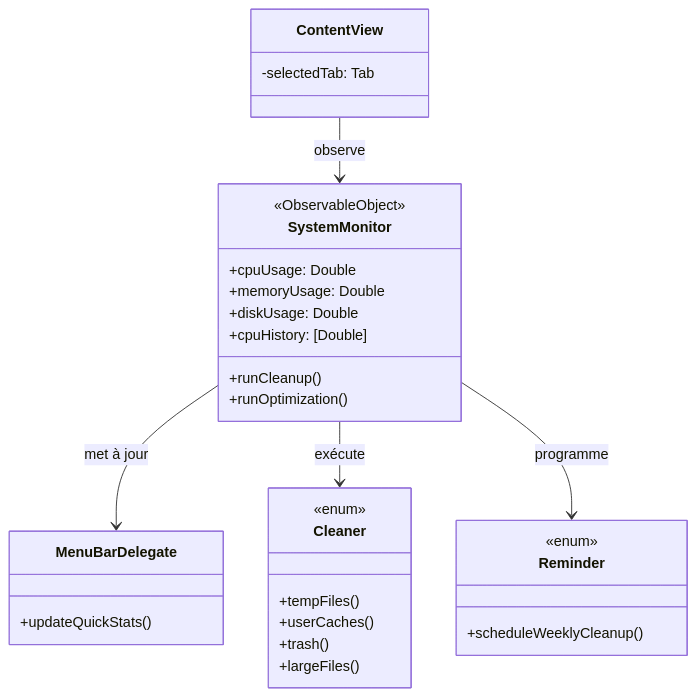
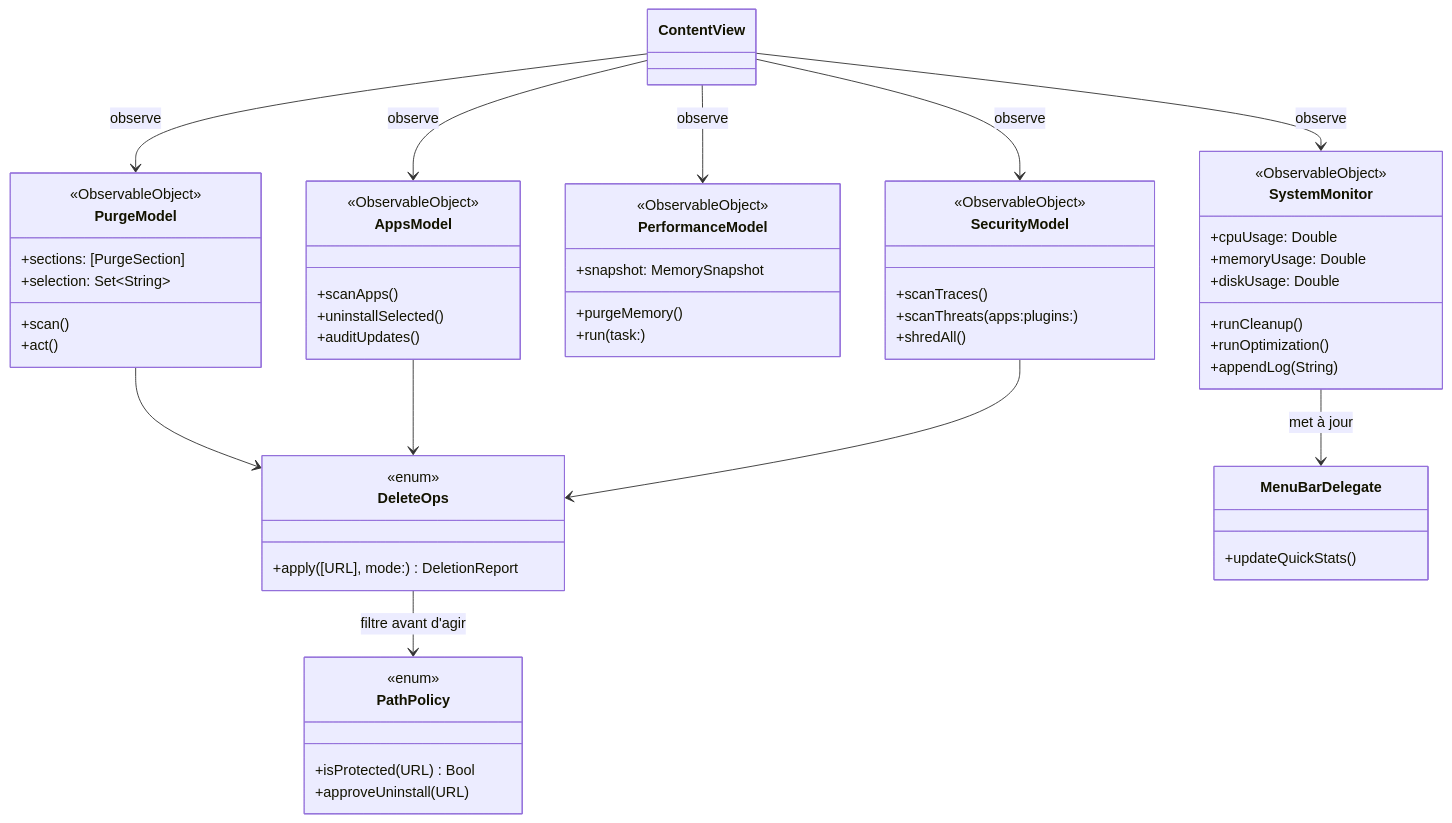
One commit to martialzinsou/MonitorMyMac changed the diagram in README.md. Above: the diagram before and after it, drawn with Mermaid. The commit also changed other lines of this file and 35 other files, not shown here.

````diff
--- a/README.md
+++ b/README.md
@@ -126,33 +289,59 @@
 ```mermaid
 classDiagram
     class SystemMonitor {
         <<ObservableObject>>
         +cpuUsage: Double
         +memoryUsage: Double
         +diskUsage: Double
-        +cpuHistory: [Double]
         +runCleanup()
         +runOptimization()
+        +appendLog(String)
+    }
+    class PurgeModel {
+        <<ObservableObject>>
+        +sections: [PurgeSection]
+        +selection: Set~String~
+        +scan()
+        +act()
+    }
+    class PerformanceModel {
+        <<ObservableObject>>
+        +snapshot: MemorySnapshot
+        +purgeMemory()
+        +run(task:)
+    }
+    class AppsModel {
+        <<ObservableObject>>
+        +scanApps()
+        +uninstallSelected()
+        +auditUpdates()
+    }
+    class SecurityModel {
+        <<ObservableObject>>
+        +scanTraces()
+        +scanThreats(apps:plugins:)
+        +shredAll()
+    }
+    class PathPolicy {
+        <<enum>>
+        +isProtected(URL) Bool
+        +approveUninstall(URL)
+    }
+    class DeleteOps {
+        <<enum>>
+        +apply([URL], mode:) DeletionReport
     }
     class MenuBarDelegate {
         +updateQuickStats()
     }
-    class ContentView {
-        -selectedTab: Tab
-    }
-    class Cleaner {
-        <<enum>>
-        +tempFiles()
-        +userCaches()
-        +trash()
-        +largeFiles()
-    }
-    class Reminder {
-        <<enum>>
-        +scheduleWeeklyCleanup()
-    }
     ContentView --> SystemMonitor : observe
+    ContentView --> PurgeModel : observe
+    ContentView --> PerformanceModel : observe
+    ContentView --> AppsModel : observe
+    ContentView --> SecurityModel : observe
+    PurgeModel --> DeleteOps
+    AppsModel --> DeleteOps
+    SecurityModel --> DeleteOps
+    DeleteOps --> PathPolicy : filtre avant d'agir
     SystemMonitor --> MenuBarDelegate : met à jour
-    SystemMonitor --> Cleaner : exécute
-    SystemMonitor --> Reminder : programme
 ```
````
